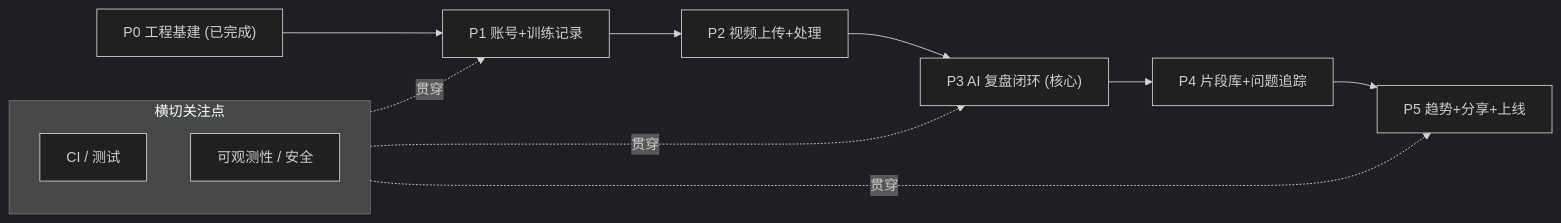
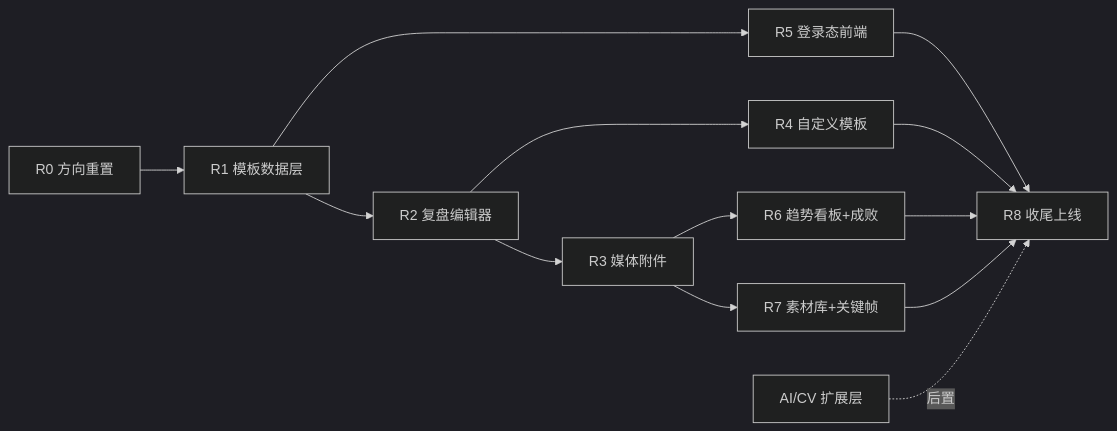
The diagram in docs/roadmap.md (chao-chao-bot/CornerMan), drawn with Mermaid (dark theme) before and after one commit. The commit also changed other lines of this file and 66 other files, not shown here.

````diff
--- a/docs/roadmap.md
+++ b/docs/roadmap.md
@@ -120,17 +183,16 @@
 ```mermaid
 flowchart LR
-  P0["P0 工程基建 (已完成)"] --> P1["P1 账号+训练记录"]
-  P1 --> P2["P2 视频上传+处理"]
-  P2 --> P3["P3 AI 复盘闭环 (核心)"]
-  P3 --> P4["P4 片段库+问题追踪"]
-  P4 --> P5["P5 趋势+分享+上线"]
+  R0["R0 方向重置"] --> R1["R1 模板数据层"]
+  R1 --> R2["R2 复盘编辑器"]
+  R2 --> R3["R3 媒体附件"]
+  R2 --> R4["R4 自定义模板"]
+  R1 --> R5["R5 登录态前端"]
+  R3 --> R6["R6 趋势看板+成败"]
+  R3 --> R7["R7 素材库+关键帧"]
+  R5 --> R8["R8 收尾上线"]
+  R4 --> R8
+  R6 --> R8
+  R7 --> R8
 
-  subgraph crosscut [横切关注点]
-    CI["CI / 测试"]
-    Obs["可观测性 / 安全"]
-  end
-
-  crosscut -.贯穿.-> P1
-  crosscut -.贯穿.-> P3
-  crosscut -.贯穿.-> P5
+  AI["AI/CV 扩展层"] -.后置.-> R8
 ```
````
